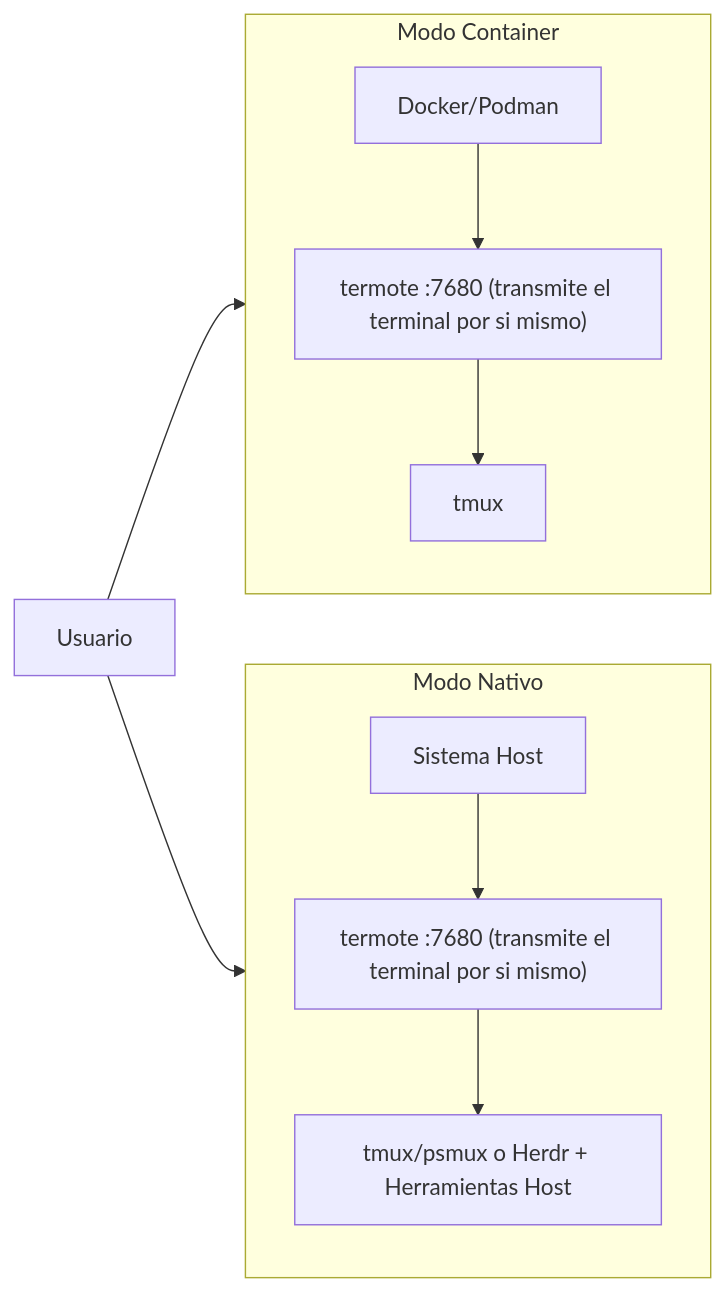
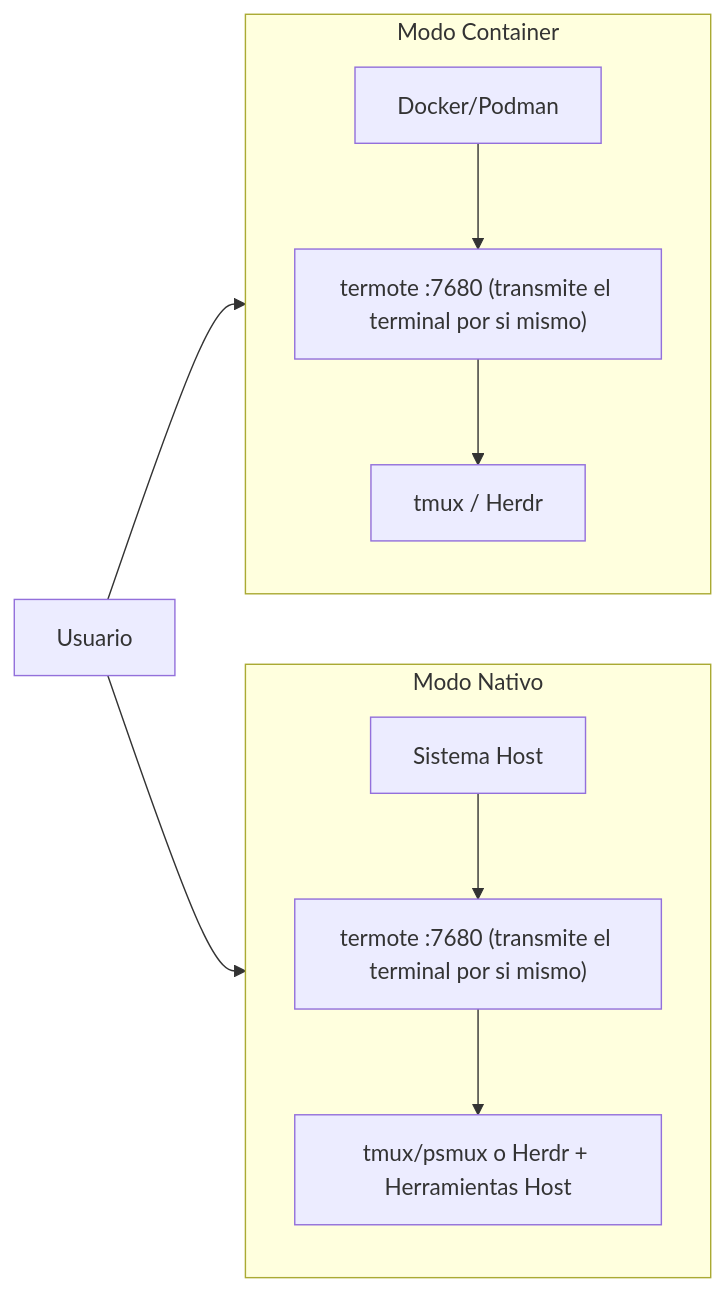
The second of 2 diagrams in README.es.md (lamngockhuong/termote), drawn with Mermaid before and after one commit. The commit also changed other lines of this file and 36 other files, not shown here.

````diff
--- a/README.es.md
+++ b/README.es.md
@@ -217,14 +217,14 @@
 ```mermaid
 flowchart LR
     subgraph Container["Modo Container"]
         direction TB
-        C1["Docker/Podman"] --> C2["termote :7680 (transmite el terminal por si mismo)"] --> C3["tmux"]
+        C1["Docker/Podman"] --> C2["termote :7680 (transmite el terminal por si mismo)"] --> C3["tmux / Herdr"]
     end
 
     subgraph Native["Modo Nativo"]
         direction TB
         N1["Sistema Host"] --> N2["termote :7680 (transmite el terminal por si mismo)"] --> N3["tmux/psmux o Herdr + Herramientas Host"]
     end
 
     User["Usuario"] --> Container & Native
 ```
````
